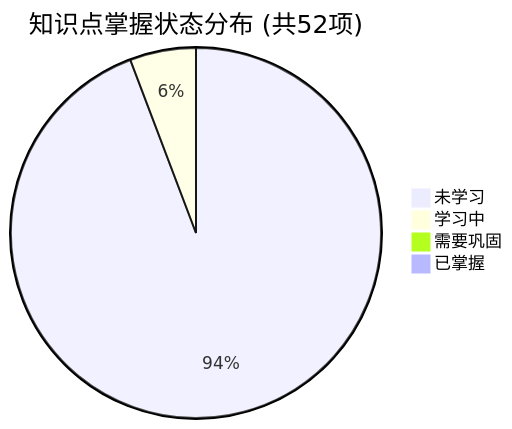
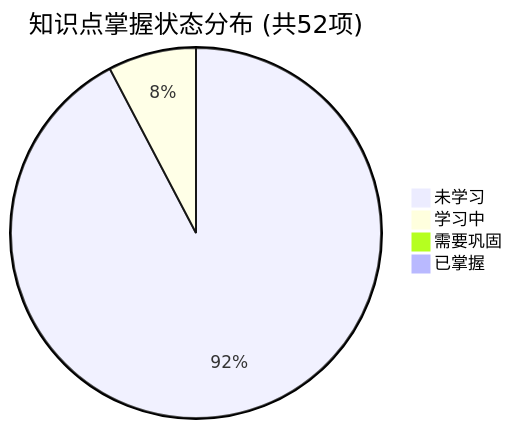
One commit to tieke1121/tech-interview-knowledge-base changed the first of 2 diagrams in PROGRESS.md. Above: the diagram before and after it, drawn with Mermaid. The commit also changed other lines of this file and 1 other file, not shown here.

First line of the commit message:
feat(day04): add kafka architecture, high-throughput core, zero-copy & leader epoch

````diff
--- a/PROGRESS.md
+++ b/PROGRESS.md
@@ -23,7 +23,7 @@
 ```mermaid
 pie title 知识点掌握状态分布 (共52项)
-    "未学习" : 49
-    "学习中" : 3
+    "未学习" : 48
+    "学习中" : 4
     "需要巩固" : 0
     "已掌握" : 0
 ```
````
